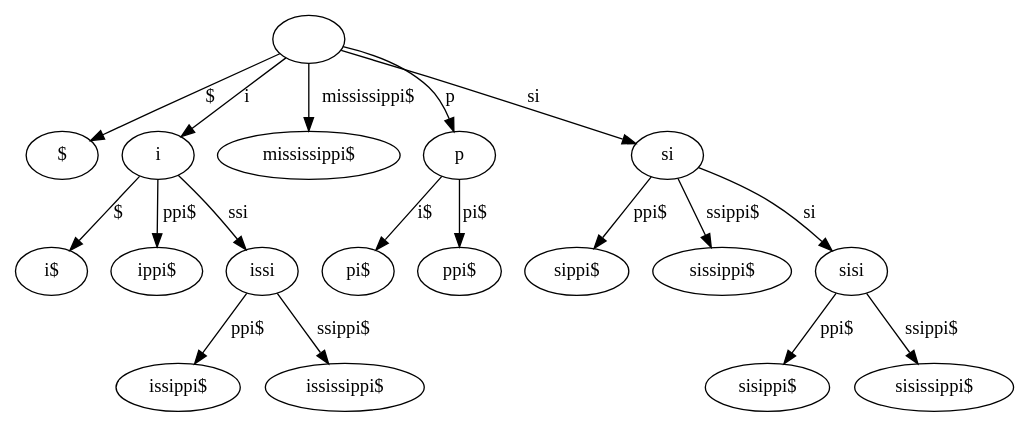
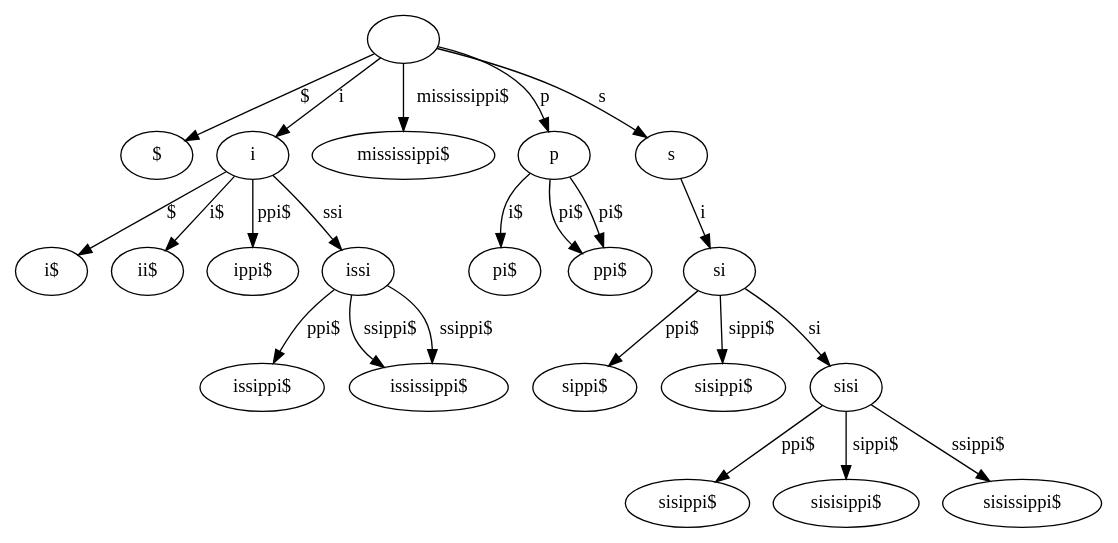
Before and after one commit to cmkobel/GSA: the diagram in 3_lcp_suffix_tree/test-output/iter/11.gv, drawn with Graphviz. The commit also changed 24 other files, not shown here.

```diff
--- a/3_lcp_suffix_tree/test-output/iter/11.gv
+++ b/3_lcp_suffix_tree/test-output/iter/11.gv
@@ -1,38 +1,48 @@
 // Suffix tree
 digraph {
 	"|" [label=""]
 	"$|$" [label="$"]
 	"|" -> "$|$" [label="$"]
 	"i|i" [label=i]
 	"$|i$" [label="i$"]
 	"i|i" -> "$|i$" [label="$"]
+	"i$|ii$" [label="ii$"]
+	"i|i" -> "i$|ii$" [label="i$"]
 	"ppi$|ippi$" [label="ippi$"]
 	"i|i" -> "ppi$|ippi$" [label="ppi$"]
 	"ssi|issi" [label=issi]
 	"ppi$|issippi$" [label="issippi$"]
 	"ssi|issi" -> "ppi$|issippi$" [label="ppi$"]
+	"ssippi$|ississippi$" [label="ississippi$"]
+	"ssi|issi" -> "ssippi$|ississippi$" [label="ssippi$"]
 	"ssippi$|ississippi$" [label="ississippi$"]
 	"ssi|issi" -> "ssippi$|ississippi$" [label="ssippi$"]
 	"i|i" -> "ssi|issi" [label=ssi]
 	"|" -> "i|i" [label=i]
 	"mississippi$|mississippi$" [label="mississippi$"]
 	"|" -> "mississippi$|mississippi$" [label="mississippi$"]
 	"p|p" [label=p]
 	"i$|pi$" [label="pi$"]
 	"p|p" -> "i$|pi$" [label="i$"]
 	"pi$|ppi$" [label="ppi$"]
 	"p|p" -> "pi$|ppi$" [label="pi$"]
+	"pi$|ppi$" [label="ppi$"]
+	"p|p" -> "pi$|ppi$" [label="pi$"]
 	"|" -> "p|p" [label=p]
-	"si|si" [label=si]
+	"s|s" [label=s]
+	"i|si" [label=si]
 	"ppi$|sippi$" [label="sippi$"]
-	"si|si" -> "ppi$|sippi$" [label="ppi$"]
-	"ssippi$|sissippi$" [label="sissippi$"]
-	"si|si" -> "ssippi$|sissippi$" [label="ssippi$"]
+	"i|si" -> "ppi$|sippi$" [label="ppi$"]
+	"sippi$|sisippi$" [label="sisippi$"]
+	"i|si" -> "sippi$|sisippi$" [label="sippi$"]
 	"si|sisi" [label=sisi]
 	"ppi$|sisippi$" [label="sisippi$"]
 	"si|sisi" -> "ppi$|sisippi$" [label="ppi$"]
+	"sippi$|sisisippi$" [label="sisisippi$"]
+	"si|sisi" -> "sippi$|sisisippi$" [label="sippi$"]
 	"ssippi$|sisissippi$" [label="sisissippi$"]
 	"si|sisi" -> "ssippi$|sisissippi$" [label="ssippi$"]
-	"si|si" -> "si|sisi" [label=si]
-	"|" -> "si|si" [label=si]
+	"i|si" -> "si|sisi" [label=si]
+	"s|s" -> "i|si" [label=i]
+	"|" -> "s|s" [label=s]
 }
```
